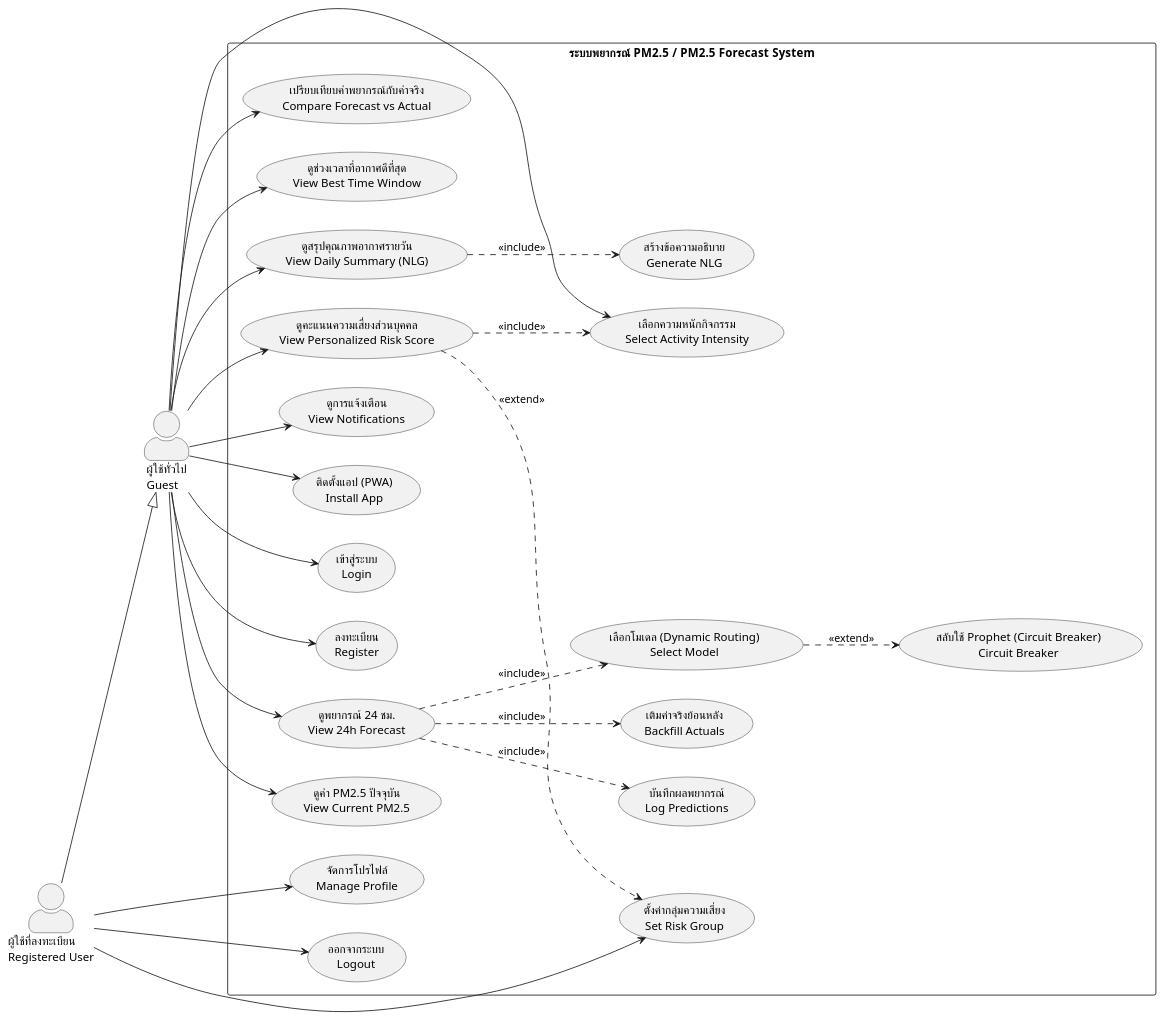
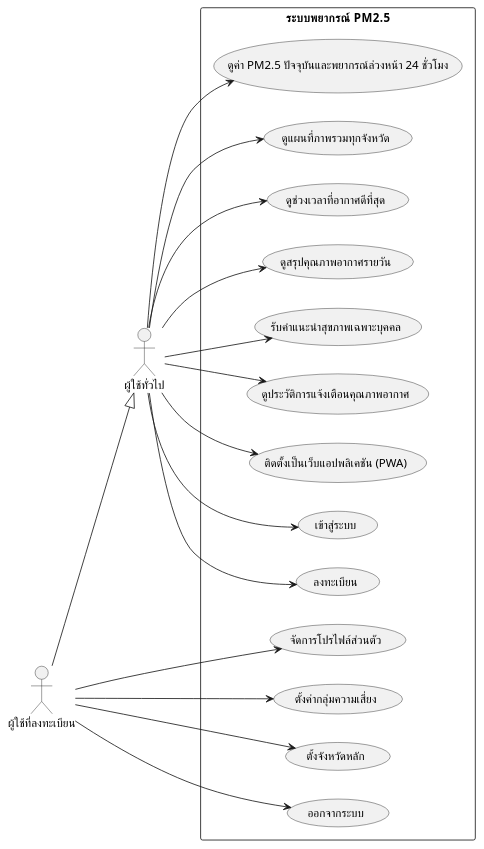
Before and after one commit to PJ-113/ProjectFinalCS: the diagram in docs/usecase_diagram.puml, drawn with PlantUML. The commit also changed 37 other files, not shown here.

```diff
--- a/docs/usecase_diagram.puml
+++ b/docs/usecase_diagram.puml
@@ -1,89 +1,81 @@
 @startuml PM25_Forecast_UseCase
 ' ============================================================================
-' Use Case Diagram — ระบบพยากรณ์ PM2.5 ล่วงหน้า 24 ชม. จ.ขอนแก่น
-' PM2.5 24-Hour Forecast & Health Advisory System (Khon Kaen)
+' Use Case Diagram — ระบบพยากรณ์ PM2.5 ล่วงหน้า 24 ชม. 20 จังหวัดภาคตะวันออกเฉียงเหนือ
+' PM2.5 24-Hour Forecast & Health Advisory System (20 Isaan provinces)
 '
-' หมายเหตุ: diagram นี้สะท้อน "สิ่งที่ระบบทำได้จริง" ณ ปัจจุบัน (ตาม CHANGELOG ถึง entry 64)
-'          actor เป็นคนเท่านั้น (ตามที่ตกลง) — Scheduler/Air4Thai/Open-Meteo/Gemini
-'          แสดงเป็น note ประกอบ ไม่ใช่ actor
+' หมายเหตุ: ปรับปรุงจากเวอร์ชันก่อนหน้า — ตัดกลไกภายในระบบออกทั้งหมด (เดิมคือ "เลือกโมเดล
+'          (Dynamic Routing)", "สลับใช้ Persistence (Circuit Breaker)", "บันทึกผลพยากรณ์",
+'          "เติมค่าจริงย้อนหลัง", "สร้างข้อความอธิบาย (NLG)") เพราะไม่มี actor ต่อตรงสักตัว และเป็น
+'          "How" ที่ระบบทำงานภายใน ไม่ใช่ "What" ที่ผู้ใช้ต้องการ — กลไกเหล่านี้ควรอธิบายด้วย Sequence
+'          Diagram ของ get_forecast() แทน ไม่ใช่ Use Case Diagram
+'          รวม use case ที่ซ้ำความหมาย/เป็นแค่ parameter เข้ากับ use case หลัก: "ดูค่าปัจจุบัน" รวมกับ
+'          "ดูพยากรณ์" (หน้าเดียวกันในแอปจริง), "เลือกจังหวัด" ตัดออก (เป็น UI interaction ไม่ใช่เป้าหมาย),
+'          "เลือกความหนักกิจกรรม" รวมเข้า "รับคำแนะนำสุขภาพเฉพาะบุคคล" (มีค่า default อยู่แล้ว ไม่บังคับ
+'          เลือกทุกครั้ง), "เปลี่ยนรหัสผ่าน" รวมเข้า "จัดการโปรไฟล์ส่วนตัว" (ตรงกับที่เล่มเขียนรวมกันไว้
+'          ใน 4.1.2 ข้อ 3) ลบความสัมพันธ์ extend ระหว่าง "รับคำแนะนำสุขภาพ" กับ "ตั้งค่ากลุ่มความเสี่ยง"
+'          ออกด้วย เพราะเป็นสองการกระทำอิสระกันคนละเวลา ไม่ใช่พฤติกรรมเสริมที่แท้จริง
+'          ผลคือไม่มี <<include>>/<<extend>> เหลือในภาพนี้เลย — เหลือ 13 use case อ่านง่ายขึ้นมาก
+'          actor เป็นคนเท่านั้น — Scheduler/OpenAQ/Open-Meteo/NASA FIRMS/Gemini ไม่แสดงในภาพนี้
+'          (เป็นบริการภายนอกที่ระบบเรียกใช้ภายใน ไม่ใช่ actor ที่โต้ตอบกับผู้ใช้โดยตรง — ดูรายละเอียด
+'          ใน System Architecture Diagram แทน) หน้าเปรียบเทียบผลพยากรณ์กับค่าจริง (/compare) เป็นหน้า
+'          เฉพาะผู้ดูแลระบบภายใน ไม่ได้รวมอยู่ใน scope ของเล่มนี้ จึงไม่แสดงใน diagram
 ' Render: VSCode PlantUML extension / plantuml.com / `plantuml usecase_diagram.puml`
 ' ============================================================================
 
 left to right direction
-skinparam actorStyle awesome
 skinparam packageStyle rectangle
 ' รองรับภาษาไทย: ตั้งฟอนต์ที่มี glyph ไทย (ปรับตามเครื่องที่ render ได้)
 skinparam defaultFontName "Tahoma"
+' ไม่ตั้ง actorStyle ไว้ ใช้ค่าเริ่มต้นของ PlantUML (รูปตัวก้าง/stick figure แบบคลาสสิก)
 
 ' ---------------------------------------------------------------------------
 ' Actors (คนเท่านั้น)
 ' ---------------------------------------------------------------------------
-actor "ผู้ใช้ทั่วไป\nGuest" as Guest
-actor "ผู้ใช้ที่ลงทะเบียน\nRegistered User" as RegUser
+actor "ผู้ใช้ทั่วไป" as Guest
+actor "ผู้ใช้ที่ลงทะเบียน" as RegUser
 
 ' Registered User สืบทอดทุกความสามารถของ Guest + ส่วนที่ต้อง login
 RegUser --|> Guest
 
-rectangle "ระบบพยากรณ์ PM2.5 / PM2.5 Forecast System" {
+rectangle "ระบบพยากรณ์ PM2.5" {
 
   ' ----- Use cases ที่ Guest (และ Registered) ใช้ได้ -----
-  usecase "ดูพยากรณ์ 24 ชม.\nView 24h Forecast" as UC_Forecast
-  usecase "ดูค่า PM2.5 ปัจจุบัน\nView Current PM2.5" as UC_Current
-  usecase "เปรียบเทียบค่าพยากรณ์กับค่าจริง\nCompare Forecast vs Actual" as UC_Compare
-  usecase "ดูช่วงเวลาที่อากาศดีที่สุด\nView Best Time Window" as UC_BestTime
-  usecase "ดูสรุปคุณภาพอากาศรายวัน\nView Daily Summary (NLG)" as UC_Daily
-  usecase "ดูคะแนนความเสี่ยงส่วนบุคคล\nView Personalized Risk Score" as UC_Risk
-  usecase "เลือกความหนักกิจกรรม\nSelect Activity Intensity" as UC_Activity
-  usecase "ดูการแจ้งเตือน\nView Notifications" as UC_Notif
-  usecase "ติดตั้งแอป (PWA)\nInstall App" as UC_PWA
-  usecase "เข้าสู่ระบบ\nLogin" as UC_Login
-  usecase "ลงทะเบียน\nRegister" as UC_Register
+  usecase "ดูค่า PM2.5 ปัจจุบันและพยากรณ์ล่วงหน้า 24 ชั่วโมง" as UC_Forecast
+  usecase "ดูแผนที่ภาพรวมทุกจังหวัด" as UC_Map
+  usecase "ดูช่วงเวลาที่อากาศดีที่สุด" as UC_BestTime
+  usecase "ดูสรุปคุณภาพอากาศรายวัน" as UC_Daily
+  usecase "รับคำแนะนำสุขภาพเฉพาะบุคคล" as UC_Risk
+  usecase "ดูประวัติการแจ้งเตือนคุณภาพอากาศ" as UC_Notif
+  usecase "ติดตั้งเป็นเว็บแอปพลิเคชัน (PWA)" as UC_PWA
+  usecase "เข้าสู่ระบบ" as UC_Login
+  usecase "ลงทะเบียน" as UC_Register
 
   ' ----- Use cases เฉพาะ Registered User -----
-  usecase "จัดการโปรไฟล์\nManage Profile" as UC_Profile
-  usecase "ตั้งค่ากลุ่มความเสี่ยง\nSet Risk Group" as UC_RiskGroup
-  usecase "ออกจากระบบ\nLogout" as UC_Logout
-
-  ' ----- Internal / system use cases (ถูก include/extend ไม่มี actor ต่อตรง) -----
-  usecase "เลือกโมเดล (Dynamic Routing)\nSelect Model" as UC_Route
-  usecase "สลับใช้ Prophet (Circuit Breaker)\nCircuit Breaker" as UC_Breaker
-  usecase "บันทึกผลพยากรณ์\nLog Predictions" as UC_Log
-  usecase "เติมค่าจริงย้อนหลัง\nBackfill Actuals" as UC_Backfill
-  usecase "สร้างข้อความอธิบาย\nGenerate NLG" as UC_NLG
+  usecase "จัดการโปรไฟล์ส่วนตัว" as UC_Profile
+  usecase "ตั้งค่ากลุ่มความเสี่ยง" as UC_RiskGroup
+  usecase "ตั้งจังหวัดหลัก" as UC_HomeProvince
+  usecase "ออกจากระบบ" as UC_Logout
 }
 
 ' ---------------------------------------------------------------------------
 ' ความสัมพันธ์ระหว่าง Guest กับ use case
 ' ---------------------------------------------------------------------------
 Guest --> UC_Forecast
-Guest --> UC_Current
-Guest --> UC_Compare
+Guest --> UC_Map
 Guest --> UC_BestTime
 Guest --> UC_Daily
 Guest --> UC_Risk
-Guest --> UC_Activity
 Guest --> UC_Notif
 Guest --> UC_PWA
 Guest --> UC_Login
 Guest --> UC_Register
 
 ' ---------------------------------------------------------------------------
 ' ความสัมพันธ์เฉพาะ Registered User
 ' ---------------------------------------------------------------------------
 RegUser --> UC_Profile
 RegUser --> UC_RiskGroup
+RegUser --> UC_HomeProvince
 RegUser --> UC_Logout
 
-' ---------------------------------------------------------------------------
-' <<include>> / <<extend>> ระหว่าง use cases
-' ---------------------------------------------------------------------------
-UC_Forecast ..> UC_Route    : <<include>>
-UC_Forecast ..> UC_Log      : <<include>>
-UC_Forecast ..> UC_Backfill : <<include>>
-UC_Route    ..> UC_Breaker  : <<extend>>
-UC_Daily    ..> UC_NLG      : <<include>>
-UC_Risk     ..> UC_Activity : <<include>>
-UC_Risk     ..> UC_RiskGroup: <<extend>>
-
-
 @enduml
```
